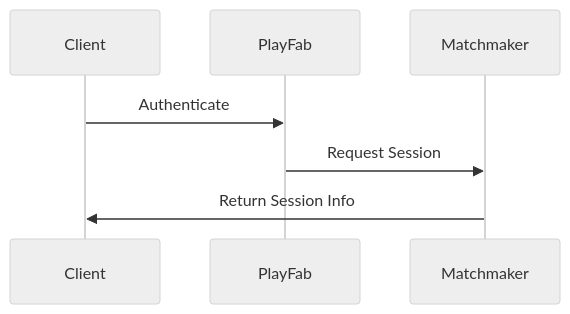
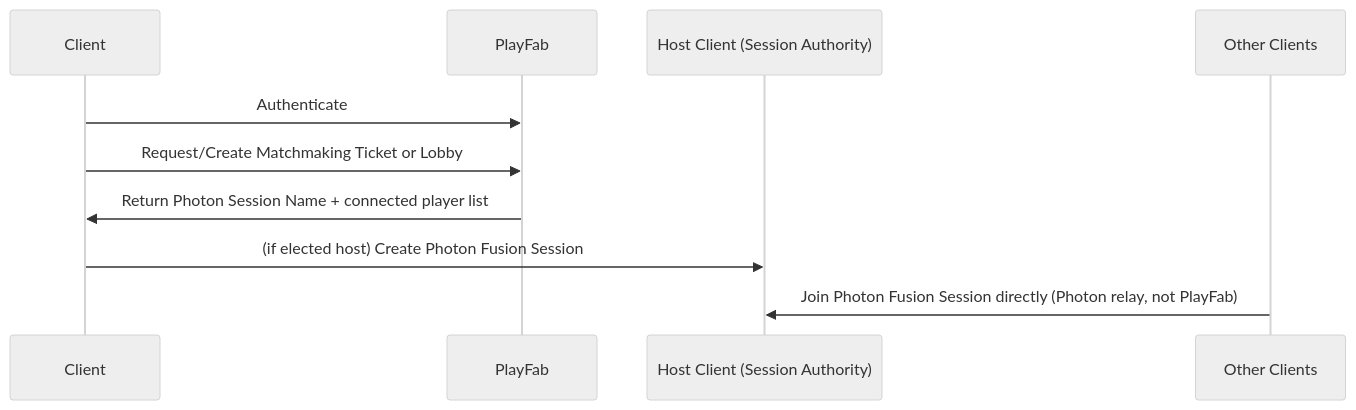
The second of 2 diagrams in Project-Echo/docs/GDD/21 Backend.md (snehadpatel/QuestBit), drawn with Mermaid (neutral theme) before and after one commit. The commit also changed other lines of this file and 16 other files, not shown here.

````diff
--- a/Project-Echo/docs/GDD/21 Backend.md
+++ b/Project-Echo/docs/GDD/21 Backend.md
@@ -39,9 +42,12 @@
 ```mermaid
 sequenceDiagram
     participant C as Client
     participant P as PlayFab
-    participant M as Matchmaker
+    participant H as Host Client (Session Authority)
+    participant O as Other Clients
     C->>P: Authenticate
-    P->>M: Request Session
-    M->>C: Return Session Info
+    C->>P: Request/Create Matchmaking Ticket or Lobby
+    P->>C: Return Photon Session Name + connected player list
+    C->>H: (if elected host) Create Photon Fusion Session
+    O->>H: Join Photon Fusion Session directly (Photon relay, not PlayFab)
 ```
````
